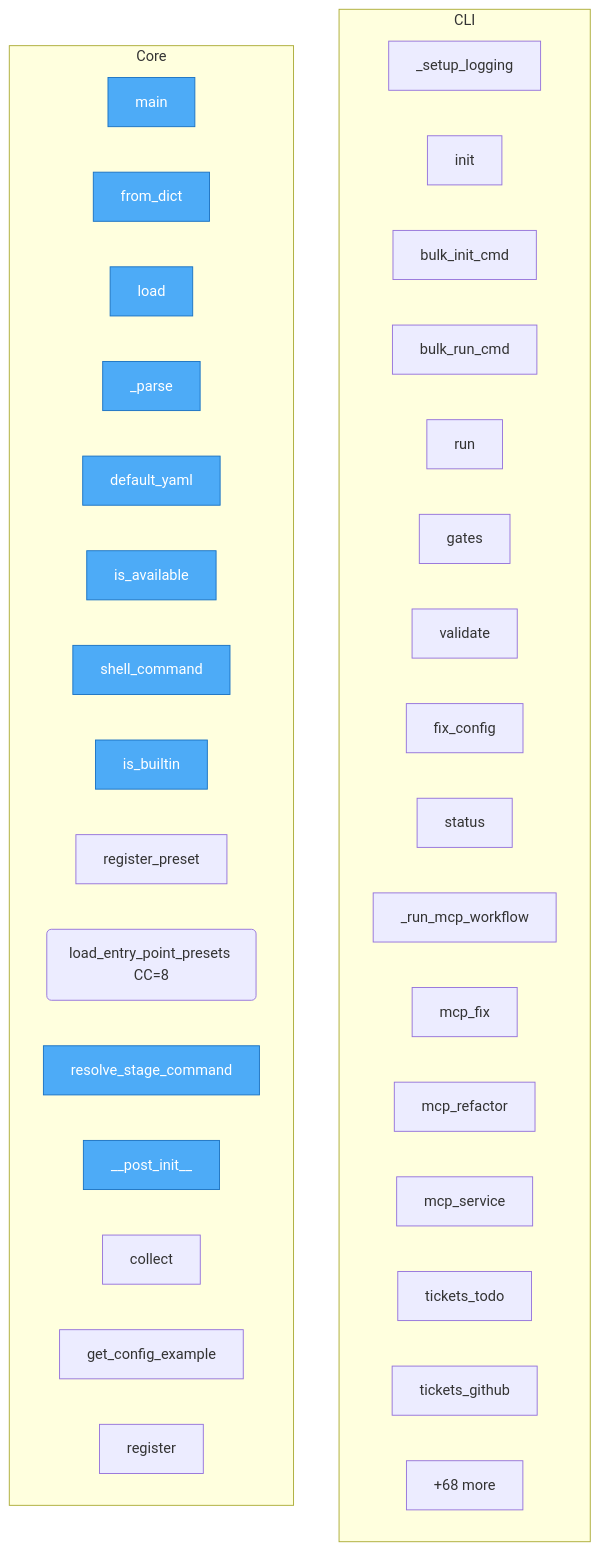
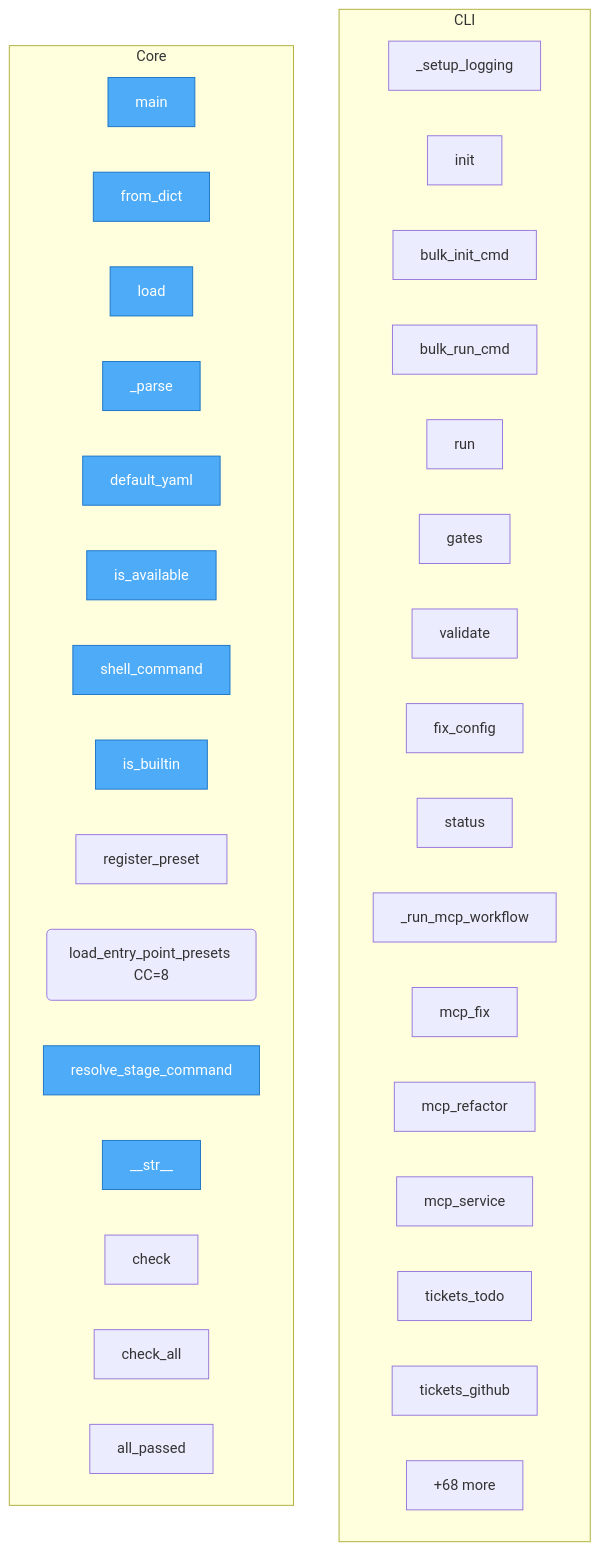
The diagram in project/flow.mmd (semcod/pyqual), drawn with Mermaid before and after one commit. The commit also changed 21 other files, not shown here.

```diff
--- a/project/flow.mmd
+++ b/project/flow.mmd
@@ -1,44 +1,44 @@
 flowchart TD
 
     %% Entry points (blue)
     classDef entry fill:#4dabf7,stroke:#1971c2,color:#fff
 
     subgraph CLI
         pyqual__cli___setup_logging["_setup_logging"]
         pyqual__cli__init["init"]
         pyqual__cli__bulk_init_cmd["bulk_init_cmd"]
         pyqual__cli__bulk_run_cmd["bulk_run_cmd"]
         pyqual__cli__run["run"]
         pyqual__cli__gates["gates"]
         pyqual__cli__validate["validate"]
         pyqual__cli__fix_config["fix_config"]
         pyqual__cli__status["status"]
         pyqual__cli___run_mcp_workflow["_run_mcp_workflow"]
         pyqual__cli__mcp_fix["mcp_fix"]
         pyqual__cli__mcp_refactor["mcp_refactor"]
         pyqual__cli__mcp_service["mcp_service"]
         pyqual__cli__tickets_todo["tickets_todo"]
         pyqual__cli__tickets_github["tickets_github"]
         ...["+15 more"]
     end
 
     subgraph Core
         run_analysis__main["main"]
         pyqual__config__GateConfig__from_dict["from_dict"]
         pyqual__config__PyqualConfig__load["load"]
         pyqual__config__PyqualConfig___parse["_parse"]
         pyqual__config__PyqualConfig__default_yaml["default_yaml"]
         pyqual__tools__ToolPreset__is_available["is_available"]
         pyqual__tools__ToolPreset__shell_command["shell_command"]
         pyqual__tools__is_builtin["is_builtin"]
         pyqual__tools__register_preset["register_preset"]
         pyqual__tools__load_entry_point_presets("load_entry_point_presets CC=8")
         pyqual__tools__resolve_stage_command["resolve_stage_command"]
-        pyqual__plugins__PluginMetadata____post_init__["__post_init__"]
-        pyqual__plugins__MetricCollector__collect["collect"]
-        pyqual__plugins__MetricCollector__get_config_example["get_config_example"]
-        pyqual__plugins__PluginRegistry__register["register"]
+        pyqual__gates__GateResult____str__["__str__"]
+        pyqual__gates__Gate__check["check"]
+        pyqual__gates__GateSet__check_all["check_all"]
+        pyqual__gates__GateSet__all_passed["all_passed"]
         ...["+68 more"]
     end
 
-    class run_analysis__main,pyqual__config__GateConfig__from_dict,pyqual__config__PyqualConfig__load,pyqual__config__PyqualConfig___parse,pyqual__config__PyqualConfig__default_yaml,pyqual__tools__ToolPreset__is_available,pyqual__tools__ToolPreset__shell_command,pyqual__tools__is_builtin,pyqual__tools__resolve_stage_command,pyqual__plugins__PluginMetadata____post_init__ entry
+    class run_analysis__main,pyqual__config__GateConfig__from_dict,pyqual__config__PyqualConfig__load,pyqual__config__PyqualConfig___parse,pyqual__config__PyqualConfig__default_yaml,pyqual__tools__ToolPreset__is_available,pyqual__tools__ToolPreset__shell_command,pyqual__tools__is_builtin,pyqual__tools__resolve_stage_command,pyqual__gates__GateResult____str__ entry
```
